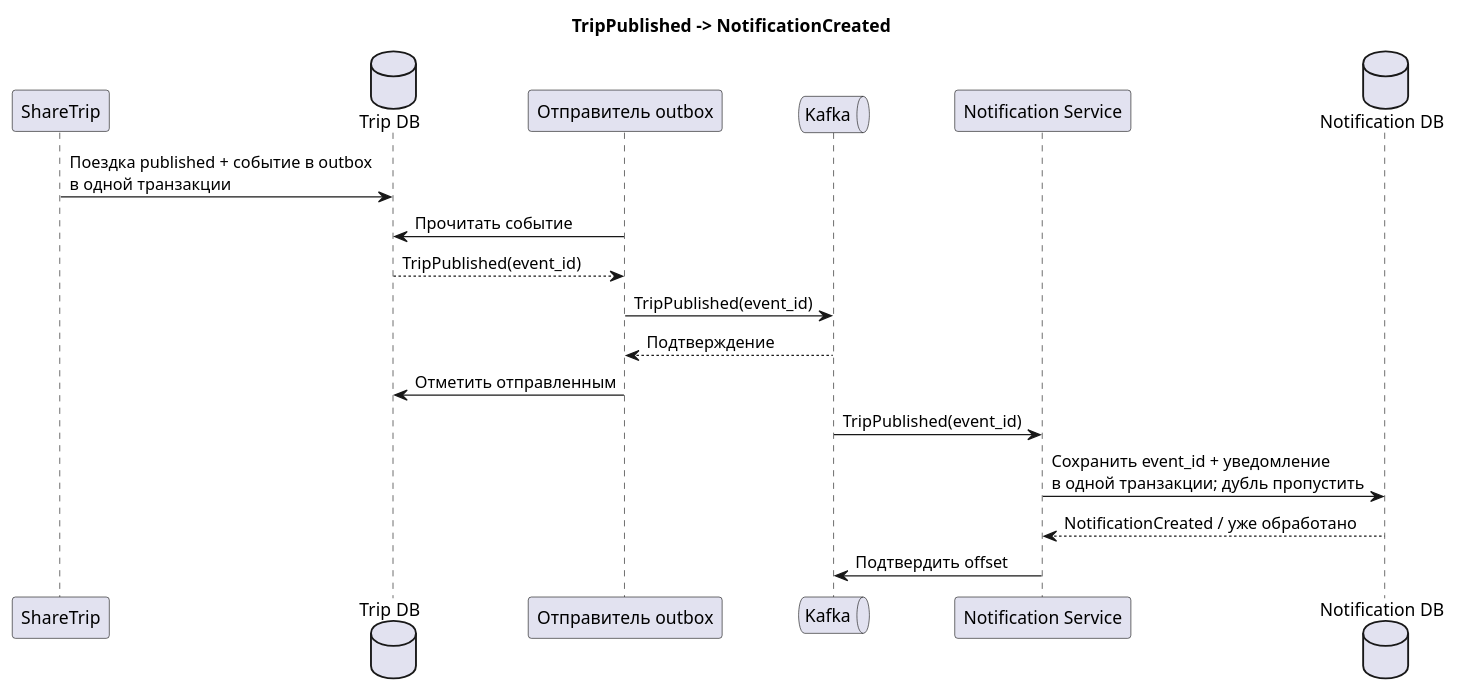
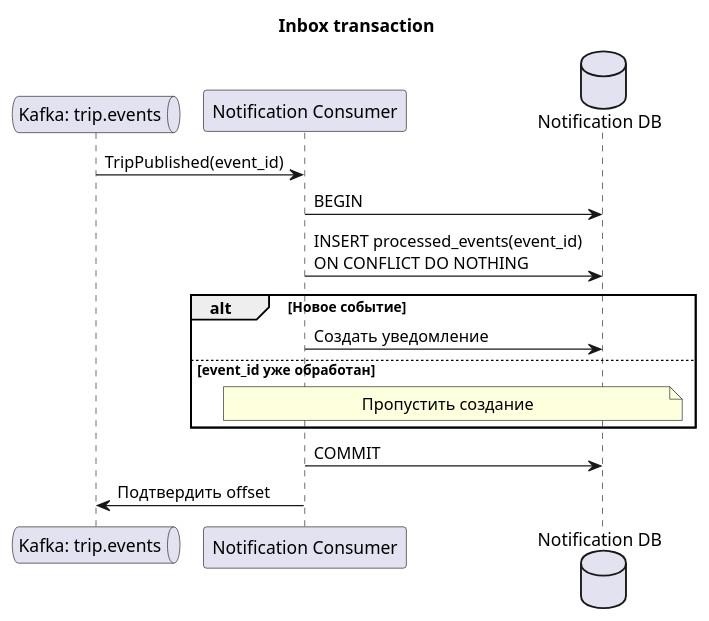
The third of 3 diagrams in docs/consistency.md (anton415/share_trip), drawn with PlantUML before and after one commit. The commit also changed other lines of this file and 18 other files, not shown here.

Commit message:
Outbox Inbox Transaction [#505678]

````diff
--- a/docs/consistency.md
+++ b/docs/consistency.md
@@ -106,22 +87,19 @@
 ```plantuml
 @startuml
-title TripPublished -> NotificationCreated
-participant ShareTrip
-database "Trip DB" as TripDB
-participant "Отправитель outbox" as Publisher
-queue Kafka
-participant "Notification Service" as Notification
-database "Notification DB" as NotificationDB
+title Inbox transaction
+queue "Kafka: trip.events" as Kafka
+participant "Notification Consumer" as Notification
+database "Notification DB" as DB
 
-ShareTrip -> TripDB: Поездка published + событие в outbox\nв одной транзакции
-Publisher -> TripDB: Прочитать событие
-TripDB --> Publisher: TripPublished(event_id)
-Publisher -> Kafka: TripPublished(event_id)
-Kafka --> Publisher: Подтверждение
-Publisher -> TripDB: Отметить отправленным
 Kafka -> Notification: TripPublished(event_id)
-Notification -> NotificationDB: Сохранить event_id + уведомление\nв одной транзакции; дубль пропустить
-NotificationDB --> Notification: NotificationCreated / уже обработано
+Notification -> DB: BEGIN
+Notification -> DB: INSERT processed_events(event_id)\nON CONFLICT DO NOTHING
+alt Новое событие
+  Notification -> DB: Создать уведомление
+else event_id уже обработан
+  note over Notification, DB: Пропустить создание
+end
+Notification -> DB: COMMIT
 Notification -> Kafka: Подтвердить offset
 @enduml
 ```
````
